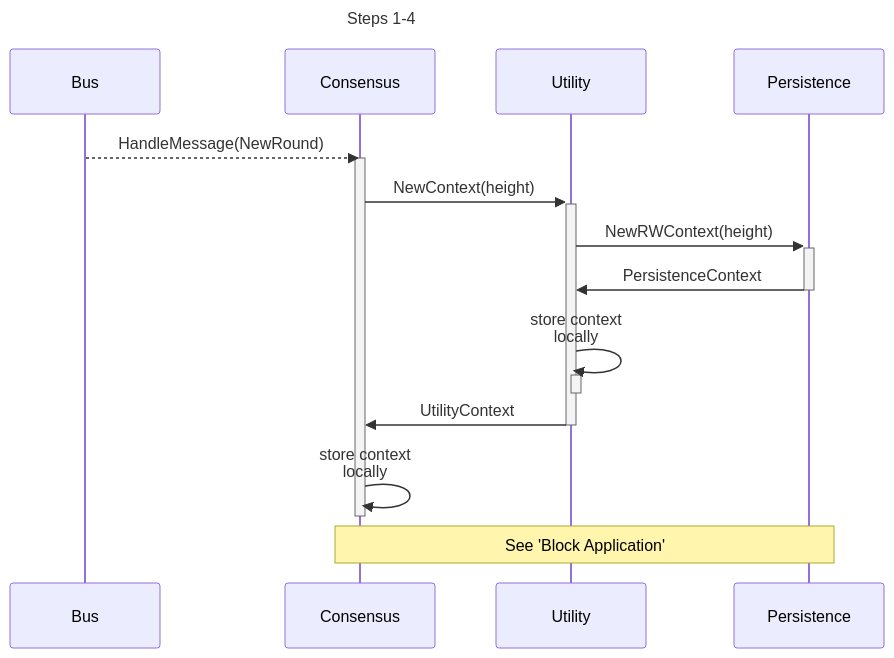
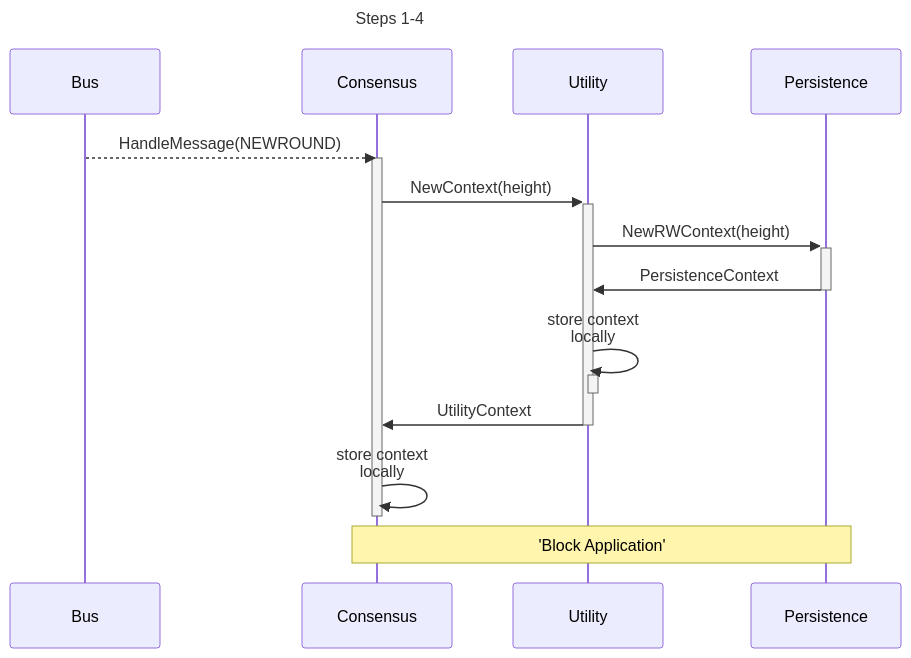
The first of 5 diagrams in shared/docs/PROTOCOL_STATE_HASH.md (pokt-network/pocket), drawn with Mermaid before and after one commit. The commit also changed other lines of this file, not shown here.

````diff
--- a/shared/docs/PROTOCOL_STATE_HASH.md
+++ b/shared/docs/PROTOCOL_STATE_HASH.md
@@ -23,28 +23,28 @@
 ```mermaid
 sequenceDiagram
     title Steps 1-4
     participant B as Bus
     participant C as Consensus
     participant U as Utility
     participant P as Persistence
 
     %% Handle New Message
-    B-->>C: HandleMessage(NewRound)
+    B-->>C: HandleMessage(NEWROUND)
 
-    %% NewRound
+    %% NEWROUND
 
     activate C
     %% Create Contexts
     C->>+U: NewContext(height)
     U->>+P: NewRWContext(height)
     P->>-U: PersistenceContext
     U->>U: store context<br>locally
     activate U
     deactivate U
     U->>-C: UtilityContext
     C->>C: store context<br>locally
     deactivate C
 
     %% Apply Block
-    Note over C, P: See 'Block Application'
+    Note over C, P: 'Block Application'
 ```
````
